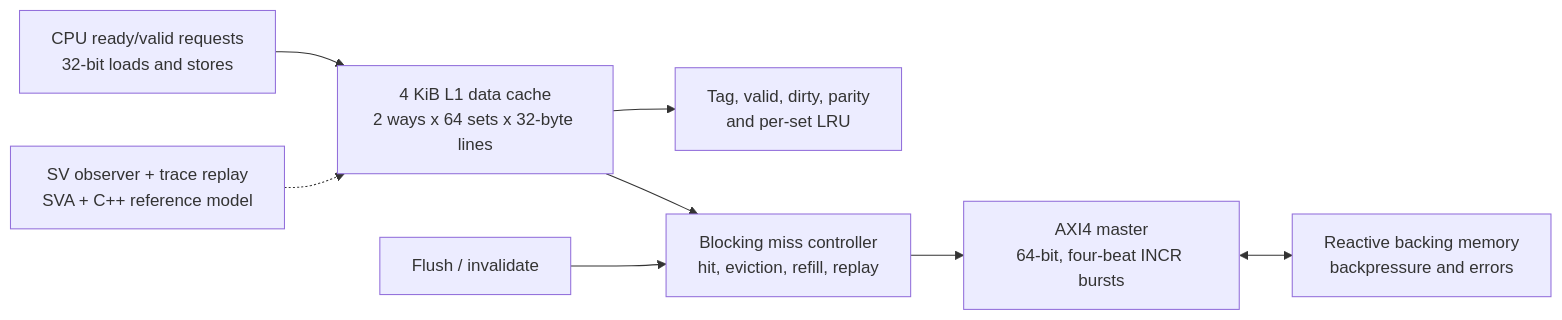
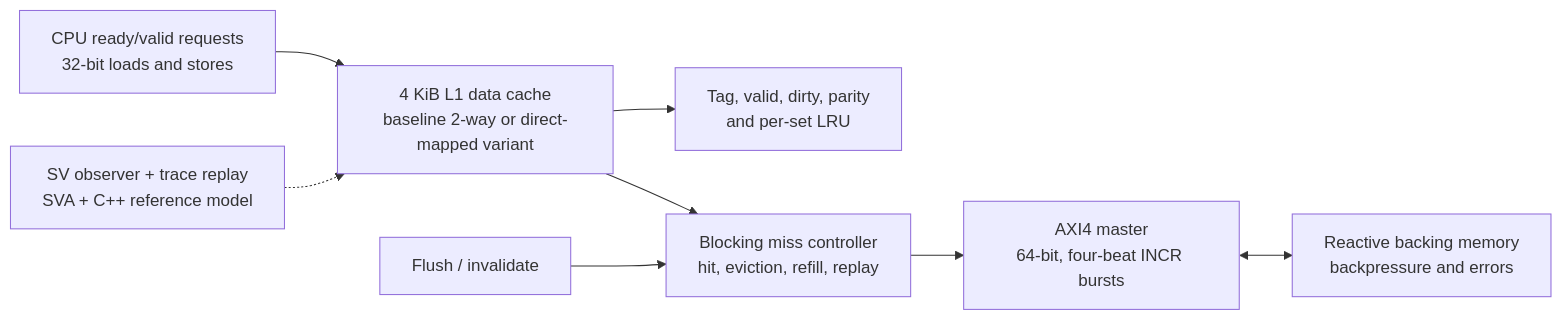
One commit to ed766/AXI4-L1-Cache-DV changed the diagram in README.md. Above: the diagram before and after it, drawn with Mermaid. The commit also changed other lines of this file and 46 other files, not shown here.

````diff
--- a/README.md
+++ b/README.md
@@ -30,10 +34,10 @@
 ```mermaid
 flowchart LR
-    CPU["CPU ready/valid requests\n32-bit loads and stores"] --> CACHE["4 KiB L1 data cache\n2 ways x 64 sets x 32-byte lines"]
+    CPU["CPU ready/valid requests\n32-bit loads and stores"] --> CACHE["4 KiB L1 data cache\nbaseline 2-way or direct-mapped variant"]
     CACHE --> TAG["Tag, valid, dirty, parity\nand per-set LRU"]
     CACHE --> CTRL["Blocking miss controller\nhit, eviction, refill, replay"]
     CTRL --> AXI["AXI4 master\n64-bit, four-beat INCR bursts"]
     AXI <--> MEM["Reactive backing memory\nbackpressure and errors"]
     MAINT["Flush / invalidate"] --> CTRL
     MON["SV observer + trace replay\nSVA + C++ reference model"] -.-> CACHE
 ```
````
